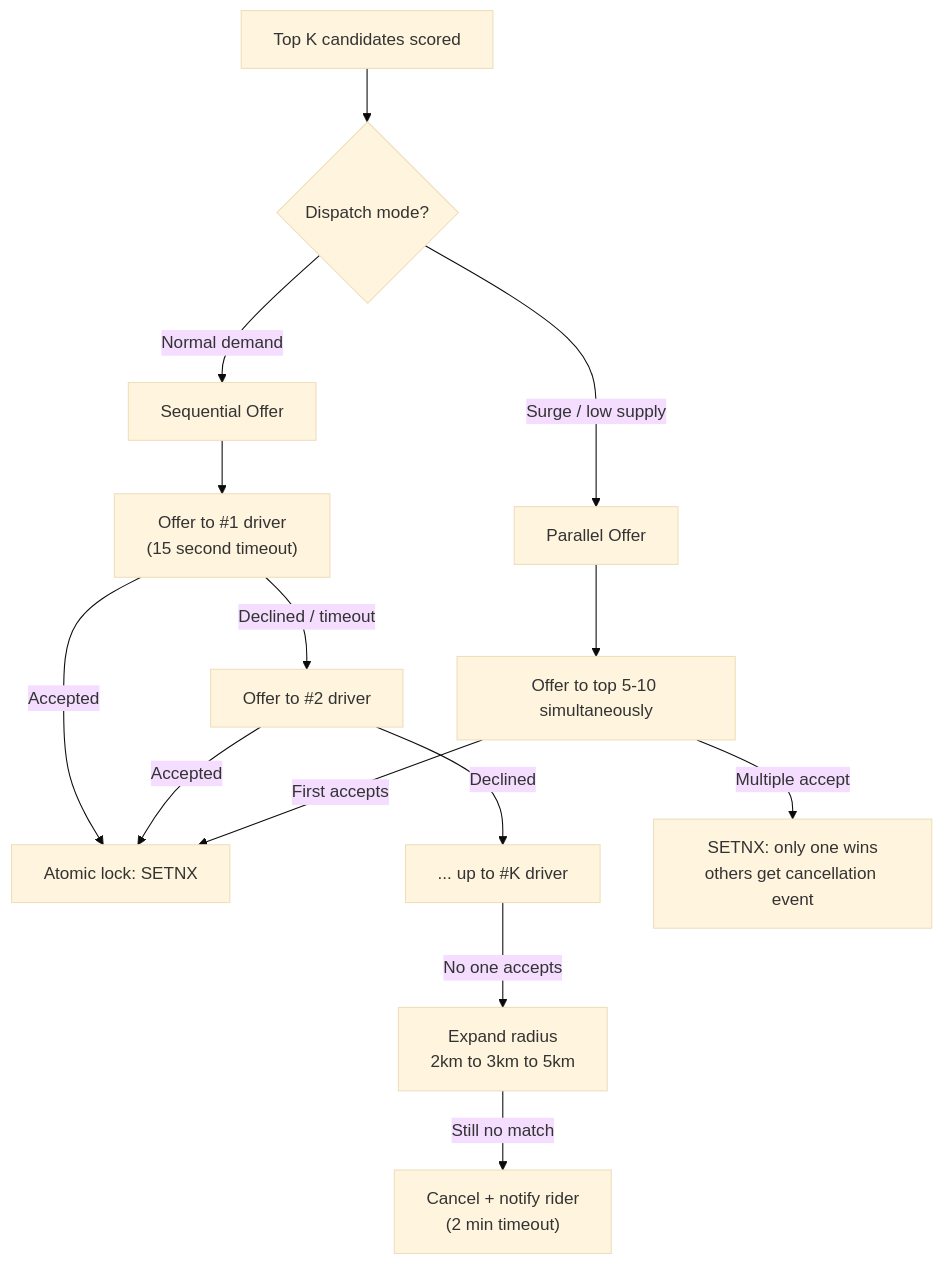
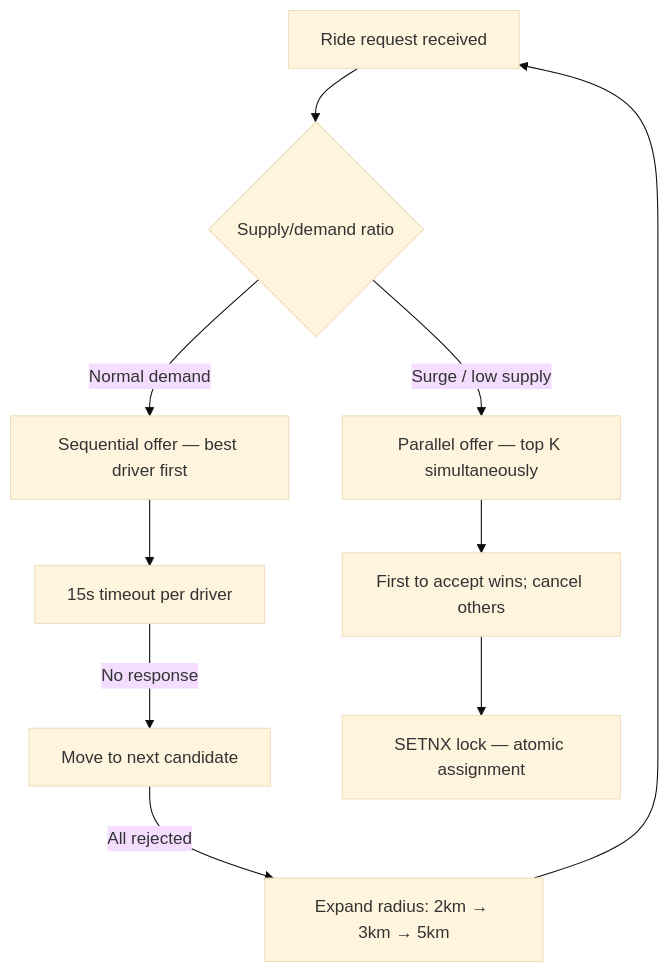
Before and after one commit to shyamalm88/MechineCoding: the fifth of 7 diagrams in system-design/ride-booking-uber-rapido.md, drawn with Mermaid (base theme). The commit also changed other lines of this file and 1 other file, not shown here.

Commit message:
updated ride-booking-uber-rapido and google docs

````diff
--- a/system-design/ride-booking-uber-rapido.md
+++ b/system-design/ride-booking-uber-rapido.md
@@ -572,19 +365,12 @@
 ```mermaid
-graph TD
-    A["Top K candidates scored"] --> B{Dispatch mode?}
-
-    B -->|Normal demand| C["Sequential Offer"]
-    B -->|Surge / low supply| D["Parallel Offer"]
-
-    C --> C1["Offer to #1 driver\n(15 second timeout)"]
-    C1 -->|Accepted| E["Atomic lock: SETNX"]
-    C1 -->|Declined / timeout| C2["Offer to #2 driver"]
-    C2 -->|Accepted| E
-    C2 -->|Declined| C3["... up to #K driver"]
-    C3 -->|No one accepts| F["Expand radius\n2km to 3km to 5km"]
-    F -->|Still no match| G["Cancel + notify rider\n(2 min timeout)"]
-
-    D --> D1["Offer to top 5-10 simultaneously"]
-    D1 -->|First accepts| E
-    D1 -->|Multiple accept| H["SETNX: only one wins\nothers get cancellation event"]
+flowchart TD
+    A["Ride request received"] --> B{Supply/demand ratio}
+    B -->|Normal demand| C["Sequential offer — best driver first"]
+    B -->|Surge / low supply| D["Parallel offer — top K simultaneously"]
+    C --> C1["15s timeout per driver"]
+    D --> D1["First to accept wins; cancel others"]
+    C1 -->|No response| C2["Move to next candidate"]
+    C2 -->|All rejected| E["Expand radius: 2km → 3km → 5km"]
+    D1 --> F["SETNX lock — atomic assignment"]
+    E --> A
 ```
````
